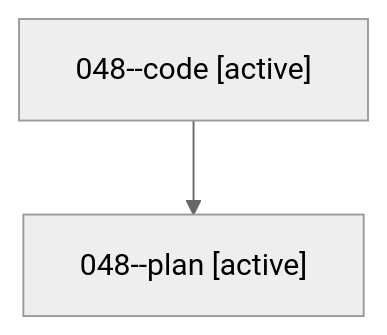
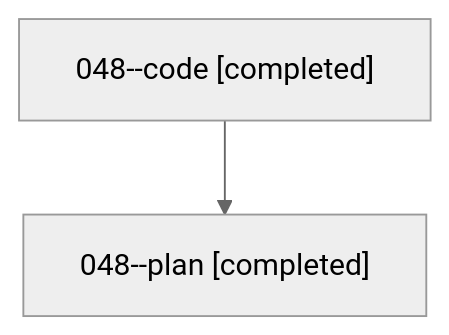
Before and after one commit to sase-org/sase--agents: the diagram in families/bbugyi200.athena.048.md, drawn with Mermaid (neutral theme). The commit also changed other lines of this file and 205 other files, not shown here.

````diff
--- a/families/bbugyi200.athena.048.md
+++ b/families/bbugyi200.athena.048.md
@@ -9,6 +9,6 @@
 ```mermaid
 flowchart TD
-  n0["048--code [active]"]
-  n1["048--plan [active]"]
+  n0["048--code [completed]"]
+  n1["048--plan [completed]"]
   n0 --> n1
 ```
````
